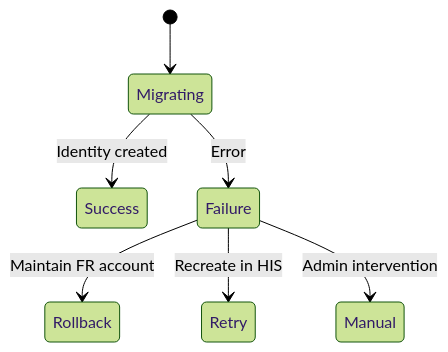
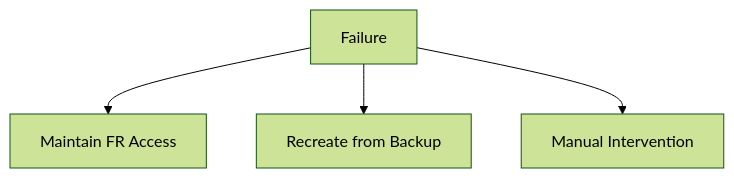
One commit to ahmedHanie93/Personal-projects changed diagram 12 of 12 in MorganStanely/test2.md. Above: the diagram before and after it, drawn with Mermaid (forest theme). The commit also changed other lines of this file, not shown here.

````diff
--- a/MorganStanely/test2.md
+++ b/MorganStanely/test2.md
@@ -129,9 +511,6 @@
 ```mermaid
-stateDiagram-v2
-    [*] --> Migrating
-    Migrating --> Success: Identity created
-    Migrating --> Failure: Error
-    Failure --> Rollback: Maintain FR account
-    Failure --> Retry: Recreate in HIS
-    Failure --> Manual: Admin intervention
+flowchart TB
+    Failure --> Step1[Maintain FR Access]
+    Failure --> Step2[Recreate from Backup]
+    Failure --> Step3[Manual Intervention]
 ```
````
